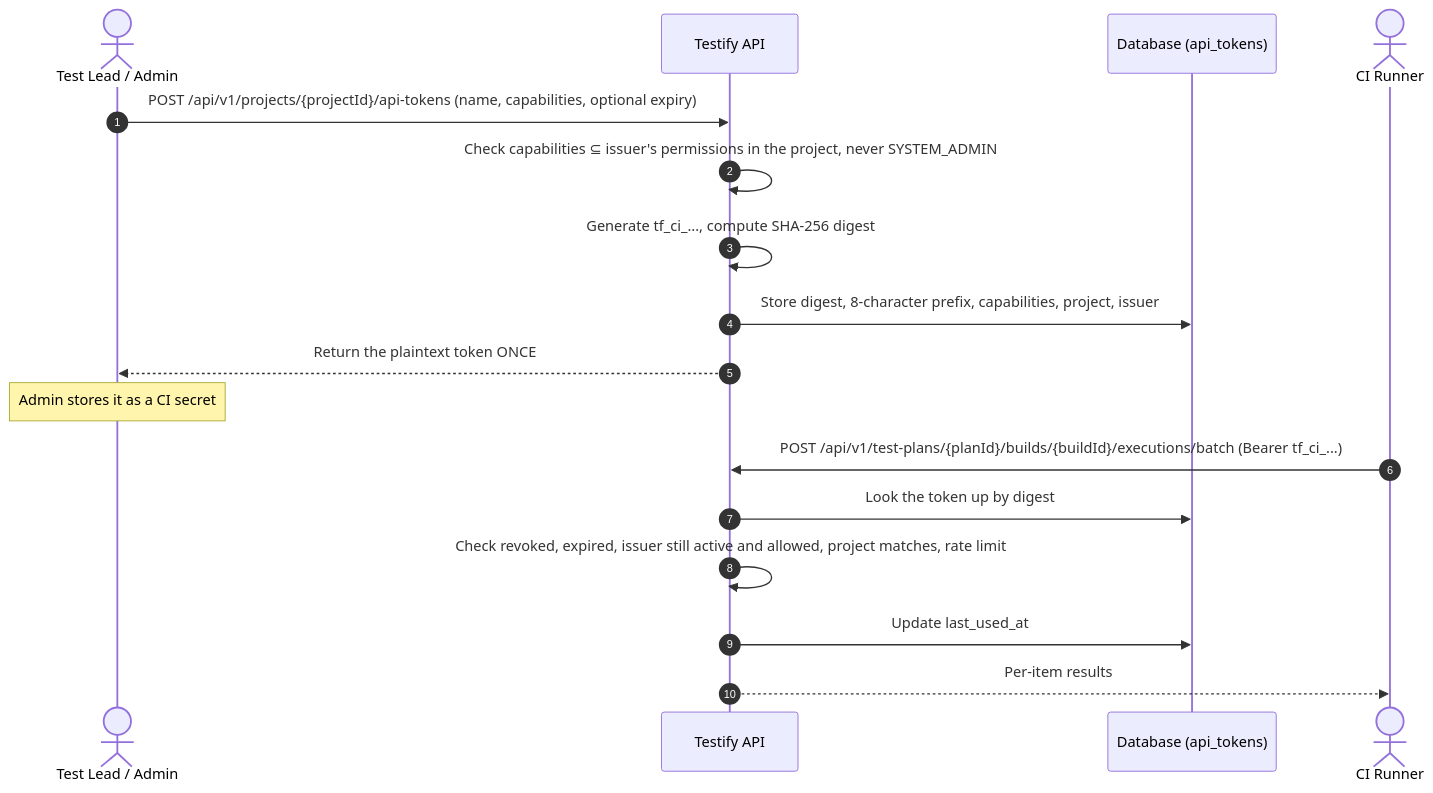
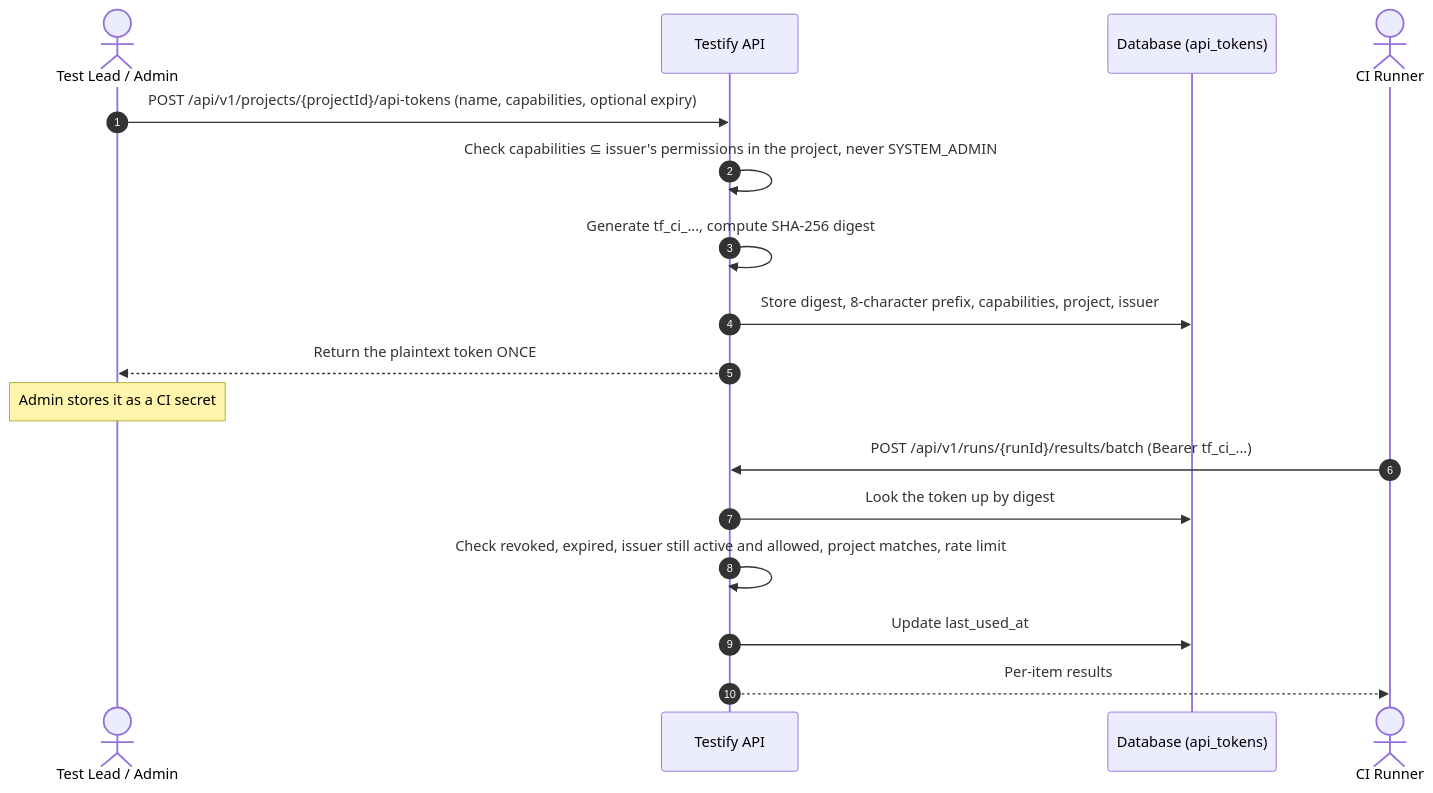
Before and after one commit to ElliotNewtonMiller/Testify: the second of 4 diagrams in docs/rfc_04_rbac_security_matrix.md, drawn with Mermaid. The commit also changed other lines of this file and 14 other files, not shown here.

````diff
--- a/docs/rfc_04_rbac_security_matrix.md
+++ b/docs/rfc_04_rbac_security_matrix.md
@@ -170,21 +170,21 @@
 ```mermaid
 sequenceDiagram
     autonumber
     actor Admin as Test Lead / Admin
     participant System as Testify API
     participant DB as Database (api_tokens)
     actor Runner as CI Runner
 
     Admin->>System: POST /api/v1/projects/{projectId}/api-tokens (name, capabilities, optional expiry)
     System->>System: Check capabilities ⊆ issuer's permissions in the project, never SYSTEM_ADMIN
     System->>System: Generate tf_ci_..., compute SHA-256 digest
     System->>DB: Store digest, 8-character prefix, capabilities, project, issuer
     System-->>Admin: Return the plaintext token ONCE
     Note over Admin: Admin stores it as a CI secret
 
-    Runner->>System: POST /api/v1/test-plans/{planId}/builds/{buildId}/executions/batch (Bearer tf_ci_...)
+    Runner->>System: POST /api/v1/runs/{runId}/results/batch (Bearer tf_ci_...)
     System->>DB: Look the token up by digest
     System->>System: Check revoked, expired, issuer still active and allowed, project matches, rate limit
     System->>DB: Update last_used_at
     System-->>Runner: Per-item results
 ```
````
